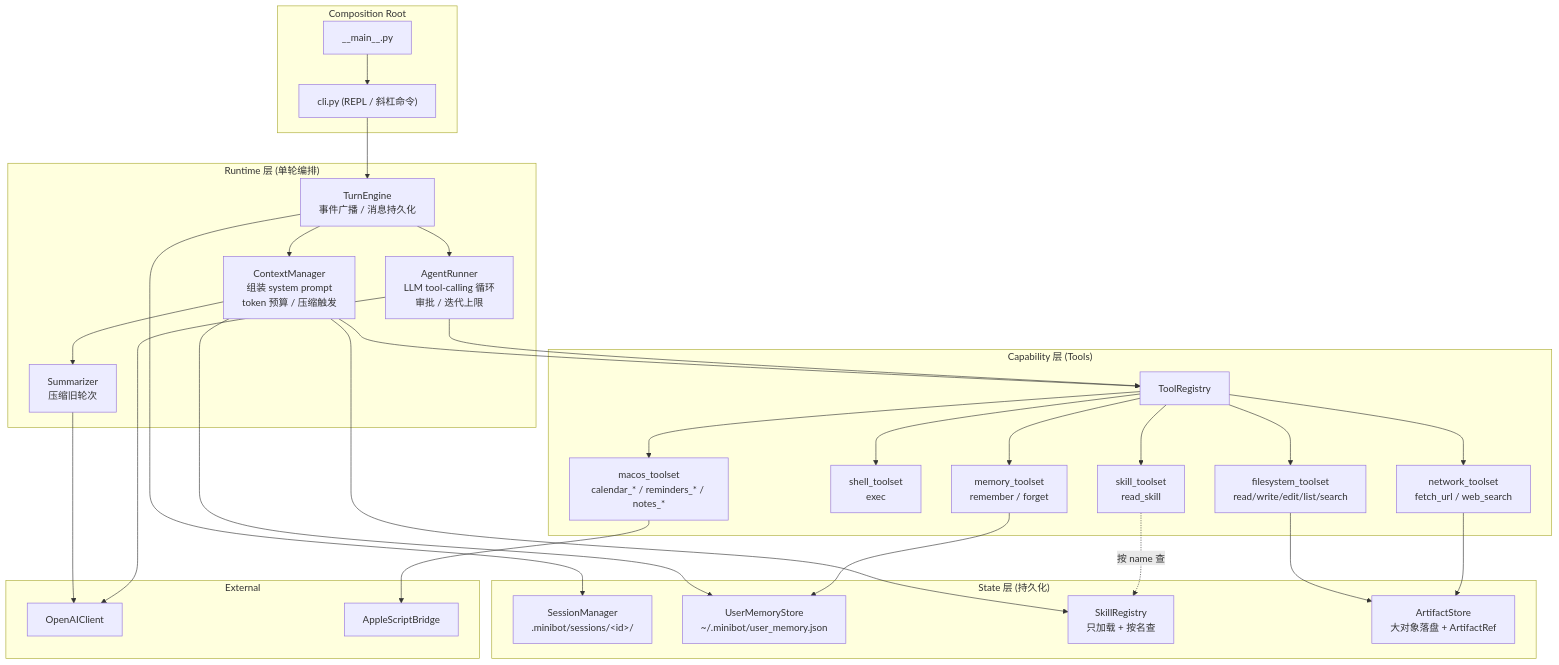
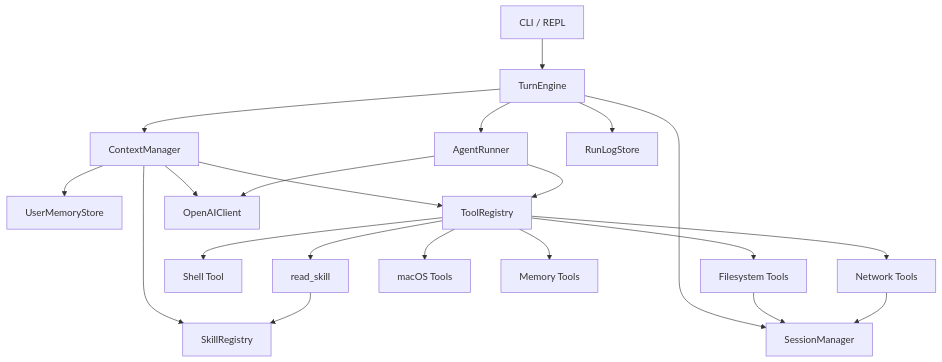
Before and after one commit to Jiminyang1/minibot: the diagram in README.md, drawn with Mermaid. The commit also changed other lines of this file, not shown here.

Commit message:
Simplify README and add architecture diagram

````diff
--- a/README.md
+++ b/README.md
@@ -98,60 +67,27 @@
 ```mermaid
 flowchart TB
-    subgraph Entry["Composition Root"]
-        Main["__main__.py"]
-        CLI["cli.py (REPL / 斜杠命令)"]
-    end
+    CLI["CLI / REPL"] --> TE["TurnEngine"]
+    TE --> CM["ContextManager"]
+    TE --> AR["AgentRunner"]
+    TE --> SM["SessionManager"]
+    TE --> RL["RunLogStore"]
 
-    subgraph Runtime["Runtime 层 (单轮编排)"]
-        TE["TurnEngine<br/>事件广播 / 消息持久化"]
-        CM["ContextManager<br/>组装 system prompt<br/>token 预算 / 压缩触发"]
-        AR["AgentRunner<br/>LLM tool-calling 循环<br/>审批 / 迭代上限"]
-        SUM["Summarizer<br/>压缩旧轮次"]
-    end
+    CM --> MEM["UserMemoryStore"]
+    CM --> SK["SkillRegistry"]
+    CM --> TR["ToolRegistry"]
+    CM --> LLM["OpenAIClient"]
 
-    subgraph Capability["Capability 层 (Tools)"]
-        TR["ToolRegistry"]
-        FS["filesystem_toolset<br/>read/write/edit/list/search"]
-        SH["shell_toolset<br/>exec"]
-        NET["network_toolset<br/>fetch_url / web_search"]
-        MEM["memory_toolset<br/>remember / forget"]
-        MAC["macos_toolset<br/>calendar_* / reminders_* / notes_*"]
-        SK["skill_toolset<br/>read_skill"]
-    end
+    AR --> TR
+    AR --> LLM
 
-    subgraph State["State 层 (持久化)"]
-        SM["SessionManager<br/>.minibot/sessions/&lt;id&gt;/"]
-        UM["UserMemoryStore<br/>~/.minibot/user_memory.json"]
-        SR["SkillRegistry<br/>只加载 + 按名查"]
-        AS["ArtifactStore<br/>大对象落盘 + ArtifactRef"]
-    end
+    TR --> FS["Filesystem Tools"]
+    TR --> SH["Shell Tool"]
+    TR --> NET["Network Tools"]
+    TR --> MAC["macOS Tools"]
+    TR --> MEMT["Memory Tools"]
+    TR --> RSK["read_skill"]
 
-    subgraph External["External"]
-        LLM["OpenAIClient"]
-        APPLE["AppleScriptBridge"]
-    end
-
-    Main --> CLI
-    CLI --> TE
-    TE --> CM
-    TE --> AR
-    CM --> UM
-    CM --> SR
-    CM --> TR
-    CM --> SUM
-    SUM --> LLM
-    AR --> LLM
-    AR --> TR
-    TR --> FS
-    TR --> SH
-    TR --> NET
-    TR --> MEM
-    TR --> MAC
-    TR --> SK
-    SK -.按 name 查.-> SR
-    MAC --> APPLE
-    FS --> AS
-    NET --> AS
-    TE --> SM
-    MEM --> UM
+    RSK --> SK
+    FS --> SM
+    NET --> SM
 ```
````
